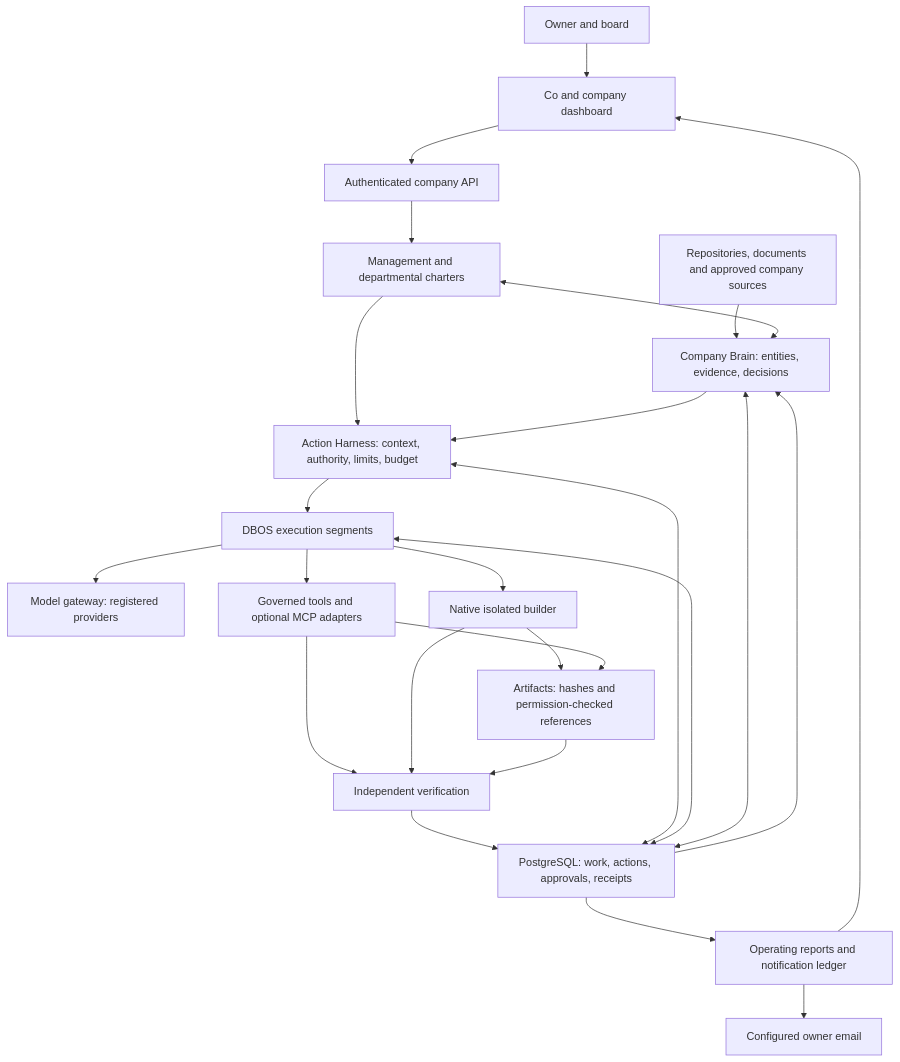
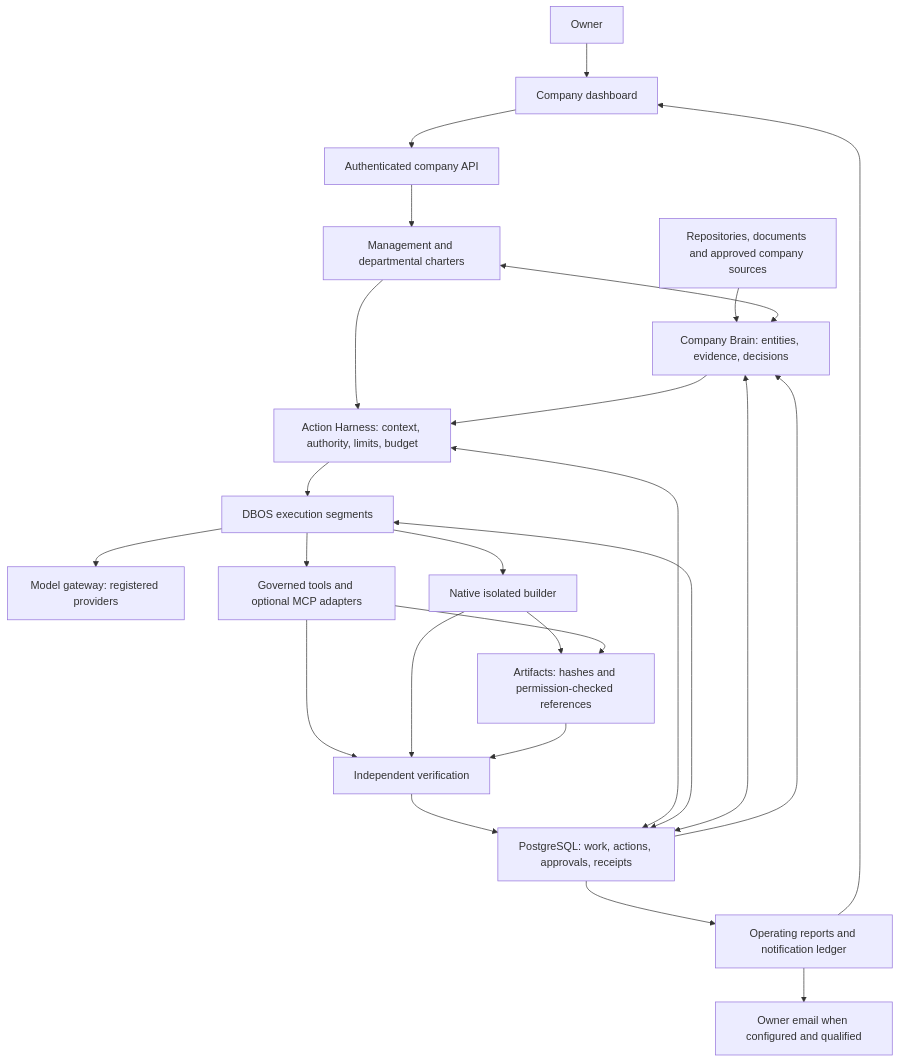
Before and after one commit to santapong/Nexus: the second of 5 diagrams in docs/company-system/ARCHITECTURE.md, drawn with Mermaid. The commit also changed other lines of this file and 10 other files, not shown here.

````diff
--- a/docs/company-system/ARCHITECTURE.md
+++ b/docs/company-system/ARCHITECTURE.md
@@ -8,43 +59,43 @@
 ```mermaid
 flowchart TB
-    Owner[Owner and board]
-    UI[Co and company dashboard]
+    Owner[Owner]
+    UI[Company dashboard]
     API[Authenticated company API]
     Manage[Management and departmental charters]
     Brain[Company Brain: entities, evidence, decisions]
     Harness[Action Harness: context, authority, limits, budget]
     Durable[DBOS execution segments]
     Models[Model gateway: registered providers]
     Tools[Governed tools and optional MCP adapters]
     Builder[Native isolated builder]
     Verify[Independent verification]
     Ledger[PostgreSQL: work, actions, approvals, receipts]
     Artifacts[Artifacts: hashes and permission-checked references]
     Report[Operating reports and notification ledger]
-    Email[Configured owner email]
+    Email[Owner email when configured and qualified]
     Sources[Repositories, documents and approved company sources]
 
     Owner --> UI --> API
     API --> Manage
     Sources --> Brain
     Manage <--> Brain
     Manage --> Harness
     Brain --> Harness
     Harness --> Durable
     Durable --> Models
     Durable --> Tools
     Durable --> Builder
     Tools --> Verify
     Builder --> Verify
     Verify --> Ledger
     Harness <--> Ledger
     Durable <--> Ledger
     Brain <--> Ledger
     Builder --> Artifacts
     Tools --> Artifacts
     Artifacts --> Verify
     Ledger --> Report
     Report --> UI
     Report --> Email
     Ledger --> Brain
 ```
````
